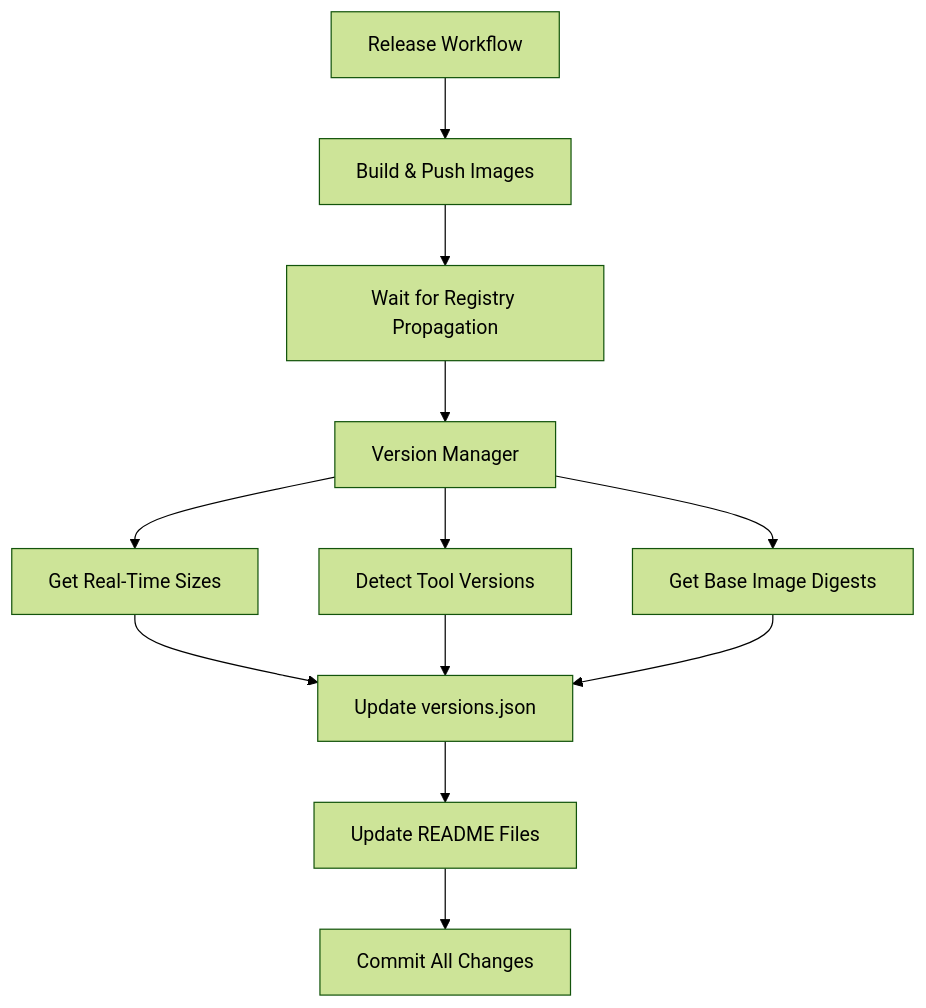
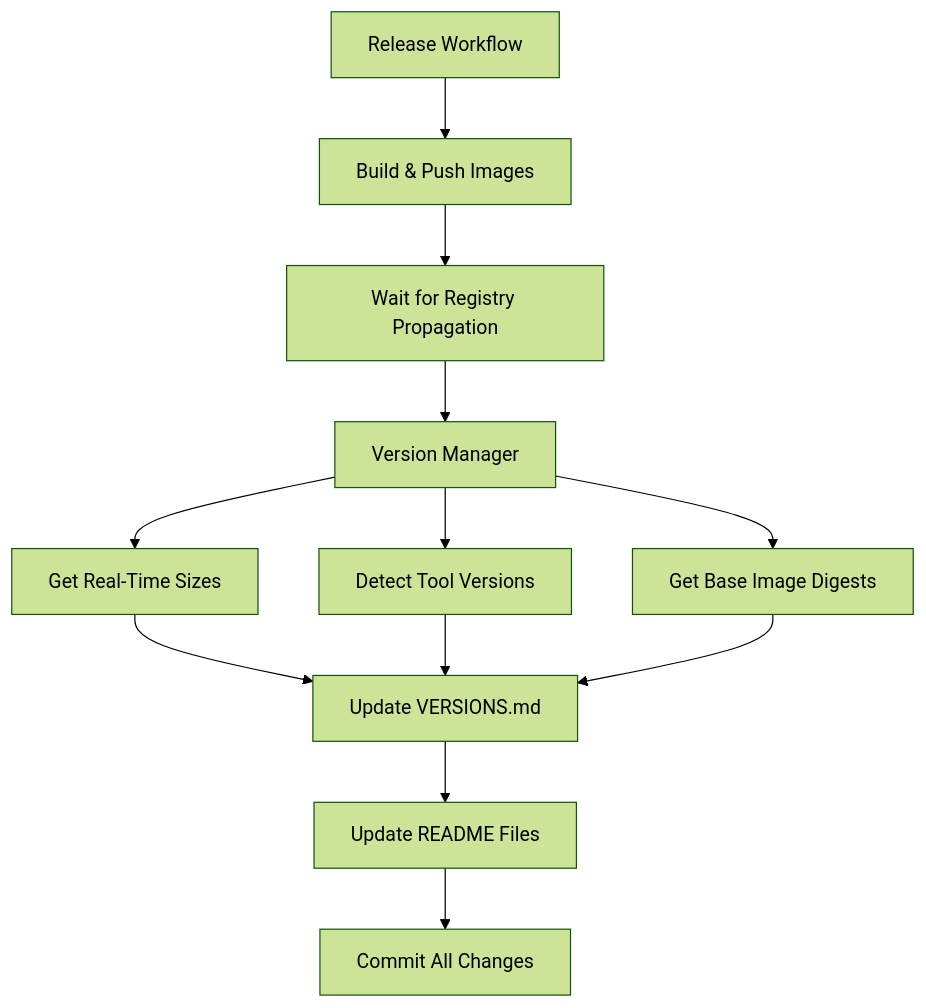
Before and after one commit to iamvikshan/devcontainers: the diagram in docs/VERSION_MANAGEMENT.md, drawn with Mermaid (forest theme). The commit also changed other lines of this file and 13 other files, not shown here.

First line of the commit message:
chore: migrate from versions.json to VERSIONS.md for version management

````diff
--- a/docs/VERSION_MANAGEMENT.md
+++ b/docs/VERSION_MANAGEMENT.md
@@ -19,14 +19,14 @@
 ```mermaid
 graph TD
     A[Release Workflow] --> B[Build & Push Images]
     B --> C[Wait for Registry Propagation]
     C --> D[Version Manager]
     D --> E[Get Real-Time Sizes]
     D --> F[Detect Tool Versions]
     D --> G[Get Base Image Digests]
-    E --> H[Update versions.json]
+    E --> H[Update VERSIONS.md]
     F --> H
     G --> H
     H --> I[Update README Files]
     I --> J[Commit All Changes]
 ```
````
